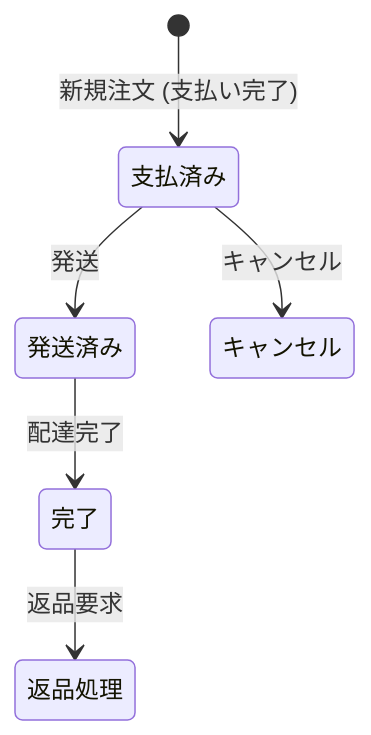
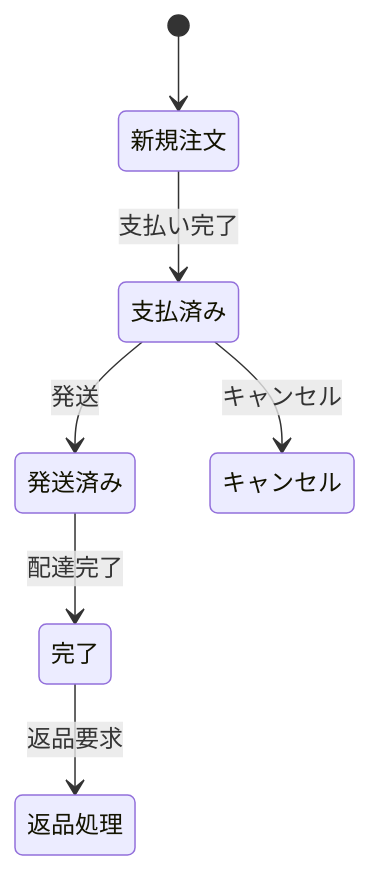
The fourth of 4 diagrams in istqb-ct-act-complete-guide.md (myoshi2891/Quality-Assurance-Studies), drawn with Mermaid before and after one commit. The commit also changed 18 other files, not shown here.

````diff
--- a/istqb-ct-act-complete-guide.md
+++ b/istqb-ct-act-complete-guide.md
@@ -608,8 +608,9 @@
 ```mermaid
 stateDiagram-v2
-    [*] --> 支払済み : 新規注文 (支払い完了)
+    [*] --> 新規注文
+    新規注文 --> 支払済み : 支払い完了
     支払済み --> 発送済み : 発送
     支払済み --> キャンセル : キャンセル
     発送済み --> 完了 : 配達完了
     完了 --> 返品処理 : 返品要求
 ```
````
